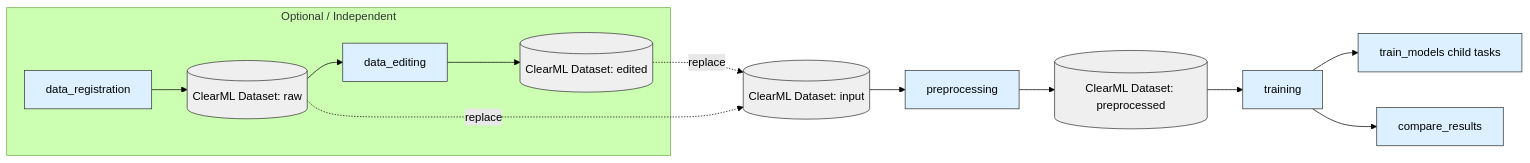
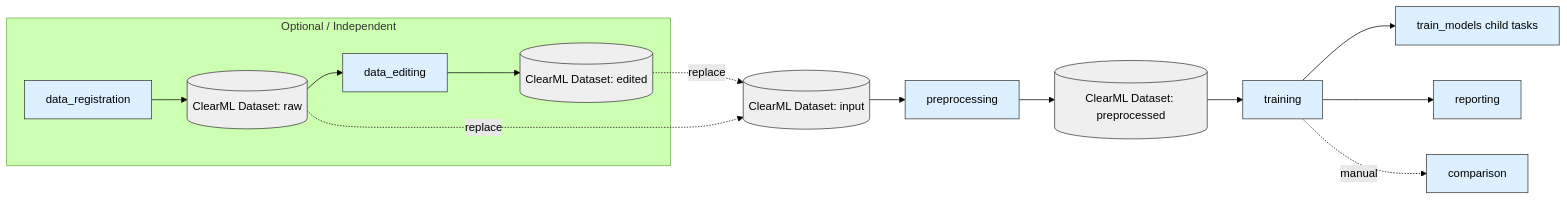
One commit to dkawa2523/automllibclearML2 changed the first of 7 diagrams in README_dev.md. Above: the diagram before and after it, drawn with Mermaid (forest theme). The commit also changed other lines of this file and 35 other files, not shown here.

````diff
--- a/README_dev.md
+++ b/README_dev.md
@@ -373,22 +378,23 @@
 ```mermaid
 flowchart LR
   subgraph Optional[Optional / Independent]
     R[data_registration] --> DS_RAW[(ClearML Dataset: raw)]
     DS_RAW --> E[data_editing]
     E --> DS_EDIT[(ClearML Dataset: edited)]
   end
 
   DS_IN[(ClearML Dataset: input)] --> P[preprocessing]
   P --> DS_PRE[(ClearML Dataset: preprocessed)]
   DS_PRE --> T[training]
   T --> TM[train_models child tasks]
-  T --> C[compare_results]
+  T --> RPT[reporting]
+  T -. manual .-> C[comparison]
 
   DS_EDIT -. replace .-> DS_IN
   DS_RAW -. replace .-> DS_IN
 
   classDef ds fill:#EFEFEF,stroke:#333,stroke-width:1px;
   classDef task fill:#DCF0FF,stroke:#333,stroke-width:1px;
   class DS_RAW,DS_EDIT,DS_IN,DS_PRE ds;
-  class R,E,P,T,TM,C task;
+  class R,E,P,T,TM,RPT,C task;
 ```
````
